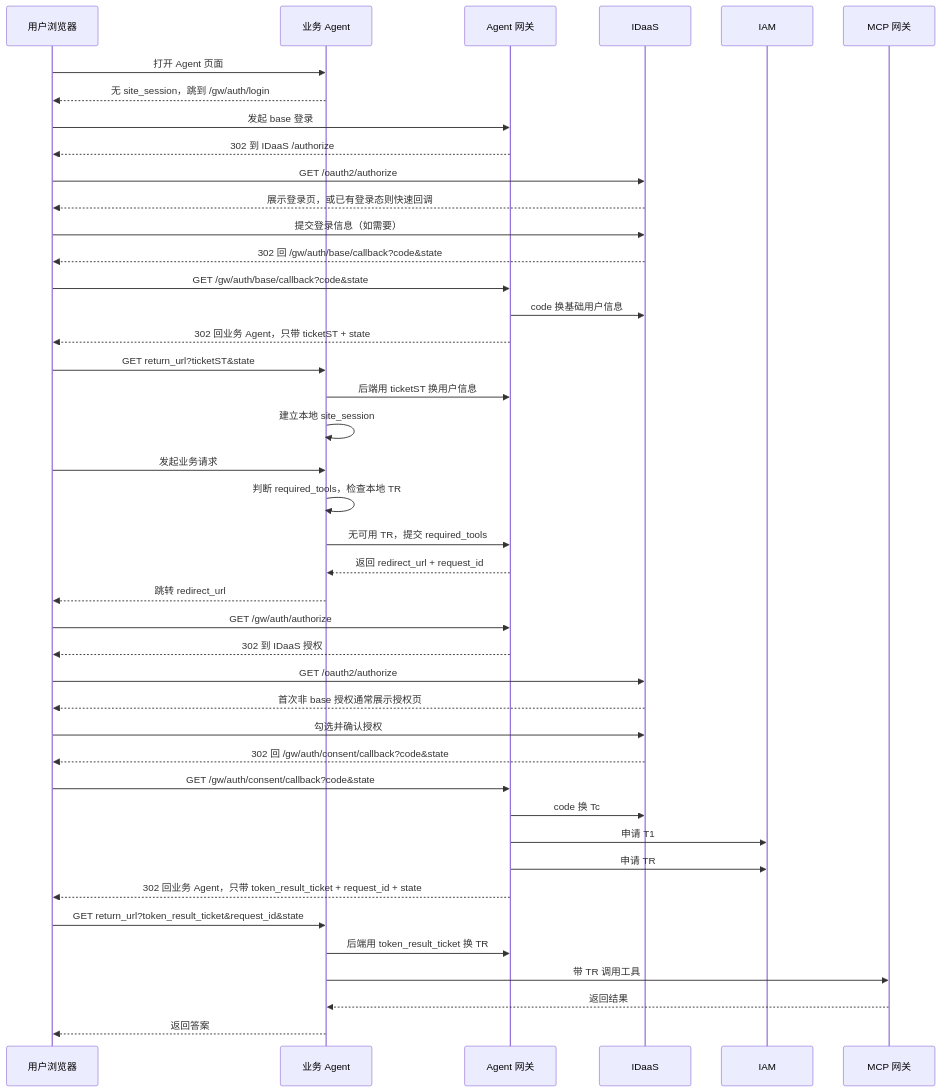
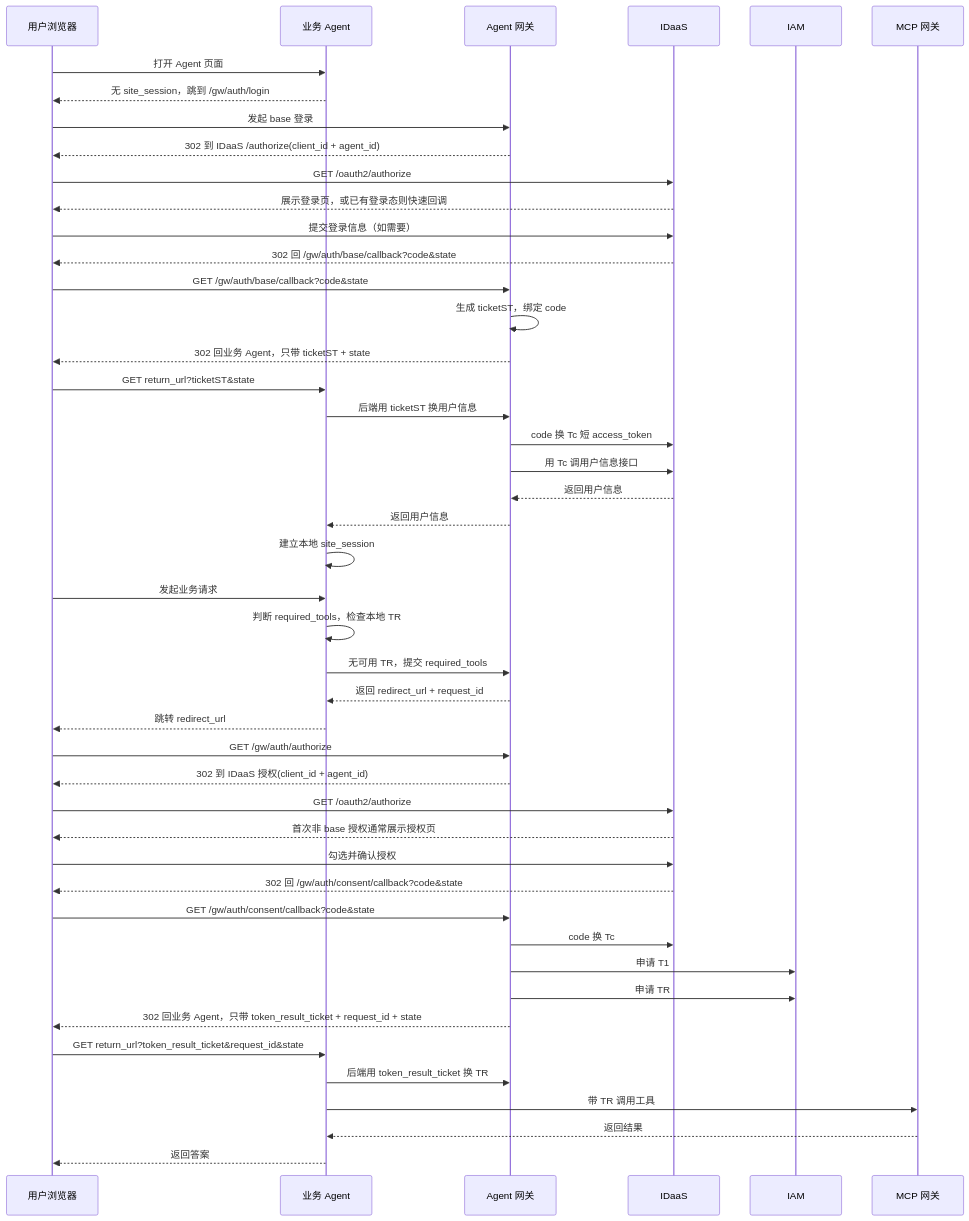
The first of 3 diagrams in docs/final_design/02_引入Agent网关版方案.md (xuning117634-ux/auth-design-spec), drawn with Mermaid before and after one commit. The commit also changed other lines of this file and 51 other files, not shown here.

````diff
--- a/docs/final_design/02_引入Agent网关版方案.md
+++ b/docs/final_design/02_引入Agent网关版方案.md
@@ -32,46 +48,50 @@
 ```mermaid
 sequenceDiagram
     participant 用户 as 用户浏览器
     participant Agent as 业务 Agent
     participant GW as Agent 网关
     participant IDaaS as IDaaS
     participant IAM as IAM
     participant MCP as MCP 网关
 
     用户->>Agent: 打开 Agent 页面
     Agent-->>用户: 无 site_session，跳到 /gw/auth/login
     用户->>GW: 发起 base 登录
-    GW-->>用户: 302 到 IDaaS /authorize
+    GW-->>用户: 302 到 IDaaS /authorize(client_id + agent_id)
     用户->>IDaaS: GET /oauth2/authorize
     IDaaS-->>用户: 展示登录页，或已有登录态则快速回调
     用户->>IDaaS: 提交登录信息（如需要）
     IDaaS-->>用户: 302 回 /gw/auth/base/callback?code&state
     用户->>GW: GET /gw/auth/base/callback?code&state
-    GW->>IDaaS: code 换基础用户信息
+    GW->>GW: 生成 ticketST，绑定 code
     GW-->>用户: 302 回业务 Agent，只带 ticketST + state
     用户->>Agent: GET return_url?ticketST&state
     Agent->>GW: 后端用 ticketST 换用户信息
+    GW->>IDaaS: code 换 Tc 短 access_token
+    GW->>IDaaS: 用 Tc 调用户信息接口
+    IDaaS-->>GW: 返回用户信息
+    GW-->>Agent: 返回用户信息
     Agent->>Agent: 建立本地 site_session
 
     用户->>Agent: 发起业务请求
     Agent->>Agent: 判断 required_tools，检查本地 TR
     Agent->>GW: 无可用 TR，提交 required_tools
     GW-->>Agent: 返回 redirect_url + request_id
     Agent-->>用户: 跳转 redirect_url
     用户->>GW: GET /gw/auth/authorize
-    GW-->>用户: 302 到 IDaaS 授权
+    GW-->>用户: 302 到 IDaaS 授权(client_id + agent_id)
     用户->>IDaaS: GET /oauth2/authorize
     IDaaS-->>用户: 首次非 base 授权通常展示授权页
     用户->>IDaaS: 勾选并确认授权
     IDaaS-->>用户: 302 回 /gw/auth/consent/callback?code&state
     用户->>GW: GET /gw/auth/consent/callback?code&state
     GW->>IDaaS: code 换 Tc
     GW->>IAM: 申请 T1
     GW->>IAM: 申请 TR
     GW-->>用户: 302 回业务 Agent，只带 token_result_ticket + request_id + state
     用户->>Agent: GET return_url?token_result_ticket&request_id&state
     Agent->>GW: 后端用 token_result_ticket 换 TR
     Agent->>MCP: 带 TR 调用工具
     MCP-->>Agent: 返回结果
     Agent-->>用户: 返回答案
 ```
````
